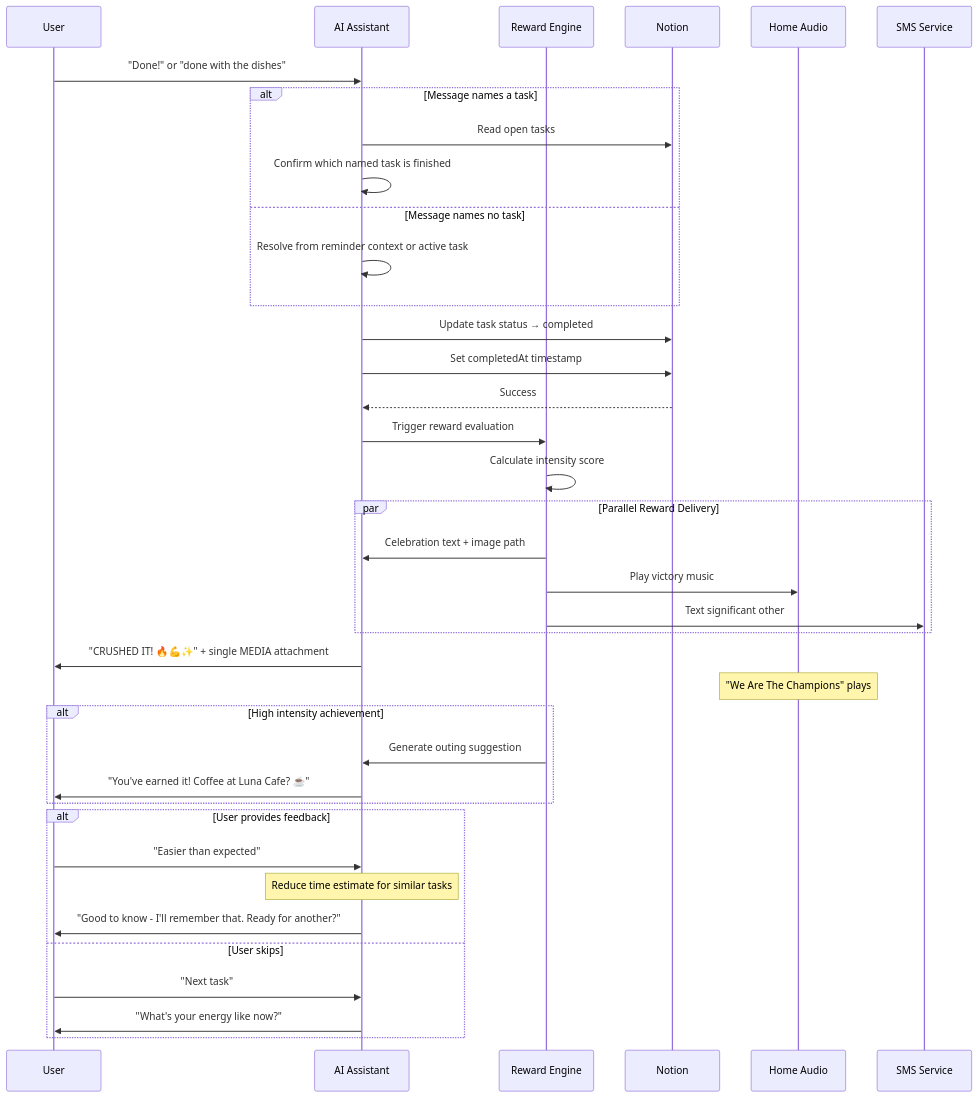
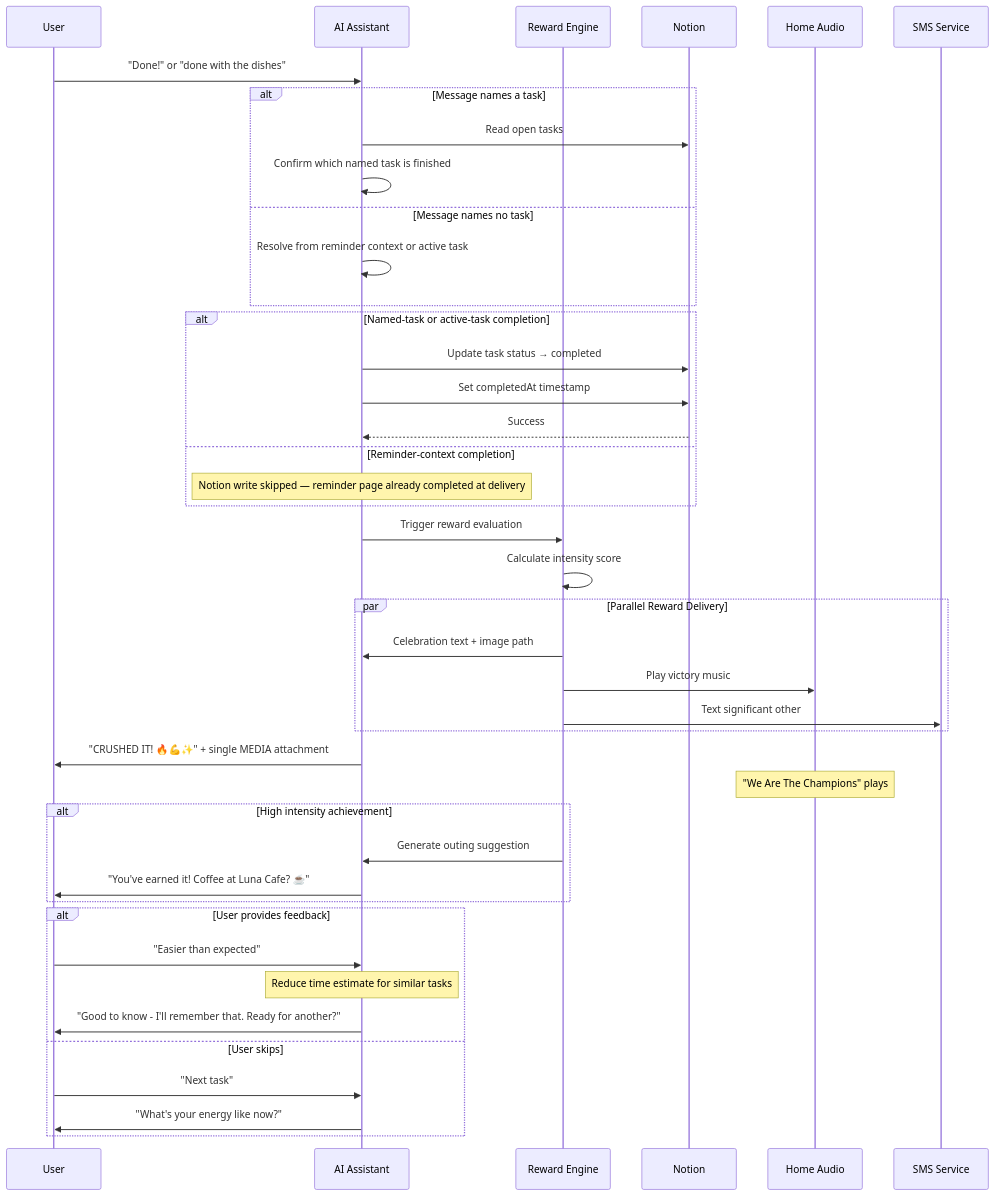
The eighth of 28 diagrams in docs/user-interactions.md (NickBorgers/hide-my-list), drawn with Mermaid before and after one commit. The commit also changed other lines of this file and 11 other files, not shown here.

````diff
--- a/docs/user-interactions.md
+++ b/docs/user-interactions.md
@@ -248,49 +295,53 @@
 ```mermaid
 sequenceDiagram
     participant U as User
     participant AI as AI Assistant
     participant R as Reward Engine
     participant N as Notion
     participant HA as Home Audio
     participant SMS as SMS Service
 
     U->>AI: "Done!" or "done with the dishes"
 
     alt Message names a task
         AI->>N: Read open tasks
         AI->>AI: Confirm which named task is finished
     else Message names no task
         AI->>AI: Resolve from reminder context or active task
     end
 
-    AI->>N: Update task status → completed
-    AI->>N: Set completedAt timestamp
-    N-->>AI: Success
+    alt Named-task or active-task completion
+        AI->>N: Update task status → completed
+        AI->>N: Set completedAt timestamp
+        N-->>AI: Success
+    else Reminder-context completion
+        Note over AI: Notion write skipped — reminder page already completed at delivery
+    end
 
     AI->>R: Trigger reward evaluation
     R->>R: Calculate intensity score
 
     par Parallel Reward Delivery
         R->>AI: Celebration text + image path
         R->>HA: Play victory music
         R->>SMS: Text significant other
     end
 
     AI->>U: "CRUSHED IT! 🔥💪✨" + single MEDIA attachment
 
     Note over HA: "We Are The Champions" plays
 
     alt High intensity achievement
         R->>AI: Generate outing suggestion
         AI->>U: "You've earned it! Coffee at Luna Cafe? ☕"
     end
 
     alt User provides feedback
         U->>AI: "Easier than expected"
         Note over AI: Reduce time estimate for similar tasks
         AI->>U: "Good to know - I'll remember that. Ready for another?"
     else User skips
         U->>AI: "Next task"
         AI->>U: "What's your energy like now?"
     end
 ```
````
